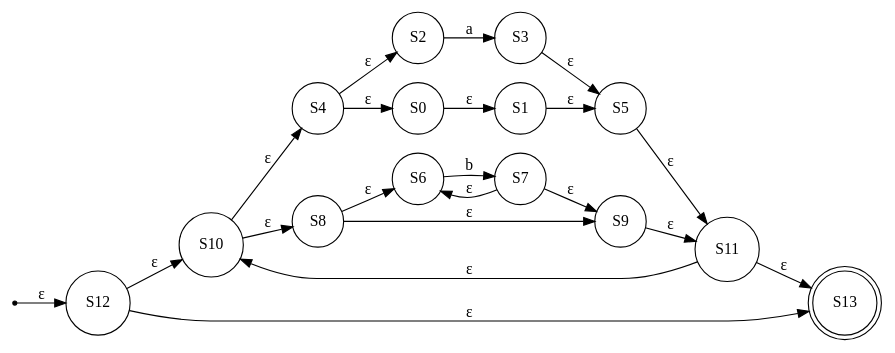
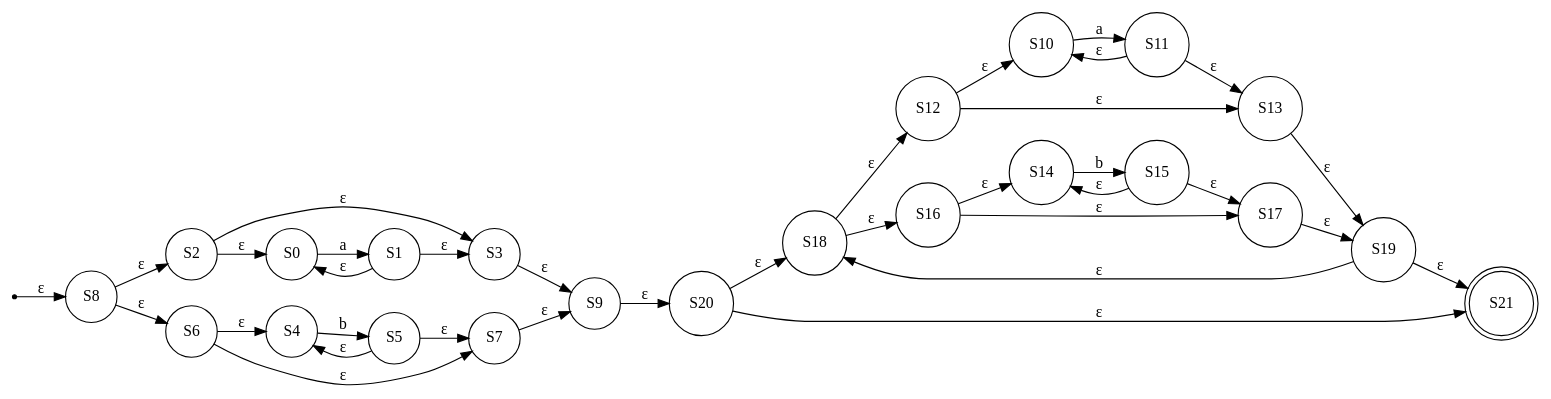
The diagram in Graphs/AFN/afn2.dot (DiggsPapu/TeoriaComputacion), drawn with Graphviz before and after one commit. The commit also changed 20 other files, not shown here.

```diff
--- a/Graphs/AFN/afn2.dot
+++ b/Graphs/AFN/afn2.dot
@@ -1,38 +1,60 @@
 digraph AFN{
 node [shape=circle];
 rankdir=LR;
 init [label="", shape=point];
 S1 [label="S1"];
 S2 [label="S2"];
 S3 [label="S3"];
 S4 [label="S4"];
 S5 [label="S5"];
 S6 [label="S6"];
 S7 [label="S7"];
 S8 [label="S8"];
 S9 [label="S9"];
 S10 [label="S10"];
 S11 [label="S11"];
 S12 [label="S12"];
-S13[shape=doublecircle] [label="S13"];
-S0->S1[label="ε"];
-S1->S5[label="ε"];
-S2->S3[label="a"];
-S3->S5[label="ε"];
-S4->S0[label="ε"];
-S4->S2[label="ε"];
-S5->S11[label="ε"];
-S6->S7[label="b"];
-S7->S6[label="ε"];
+S13 [label="S13"];
+S14 [label="S14"];
+S15 [label="S15"];
+S16 [label="S16"];
+S17 [label="S17"];
+S18 [label="S18"];
+S19 [label="S19"];
+S20 [label="S20"];
+S21[shape=doublecircle] [label="S21"];
+S0->S1[label="a"];
+S1->S0[label="ε"];
+S1->S3[label="ε"];
+S2->S3[label="ε"];
+S2->S0[label="ε"];
+S3->S9[label="ε"];
+S4->S5[label="b"];
+S5->S4[label="ε"];
+S5->S7[label="ε"];
+S6->S7[label="ε"];
+S6->S4[label="ε"];
 S7->S9[label="ε"];
-S8->S9[label="ε"];
+init->S8[label="ε"];
+S8->S2[label="ε"];
 S8->S6[label="ε"];
-S9->S11[label="ε"];
-S10->S4[label="ε"];
-S10->S8[label="ε"];
+S9->S20[label="ε"];
+S10->S11[label="a"];
 S11->S10[label="ε"];
 S11->S13[label="ε"];
-init->S12[label="ε"];
 S12->S13[label="ε"];
 S12->S10[label="ε"];
+S13->S19[label="ε"];
+S14->S15[label="b"];
+S15->S14[label="ε"];
+S15->S17[label="ε"];
+S16->S17[label="ε"];
+S16->S14[label="ε"];
+S17->S19[label="ε"];
+S18->S12[label="ε"];
+S18->S16[label="ε"];
+S19->S18[label="ε"];
+S19->S21[label="ε"];
+S20->S21[label="ε"];
+S20->S18[label="ε"];
 }
```
